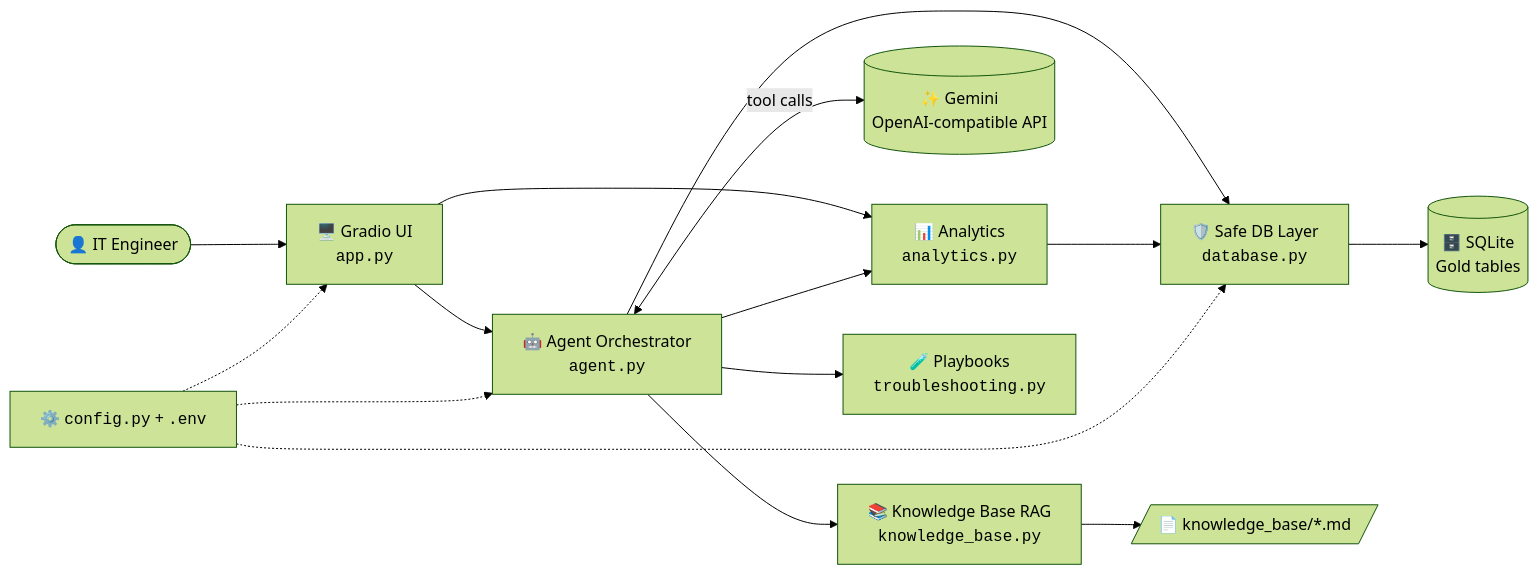
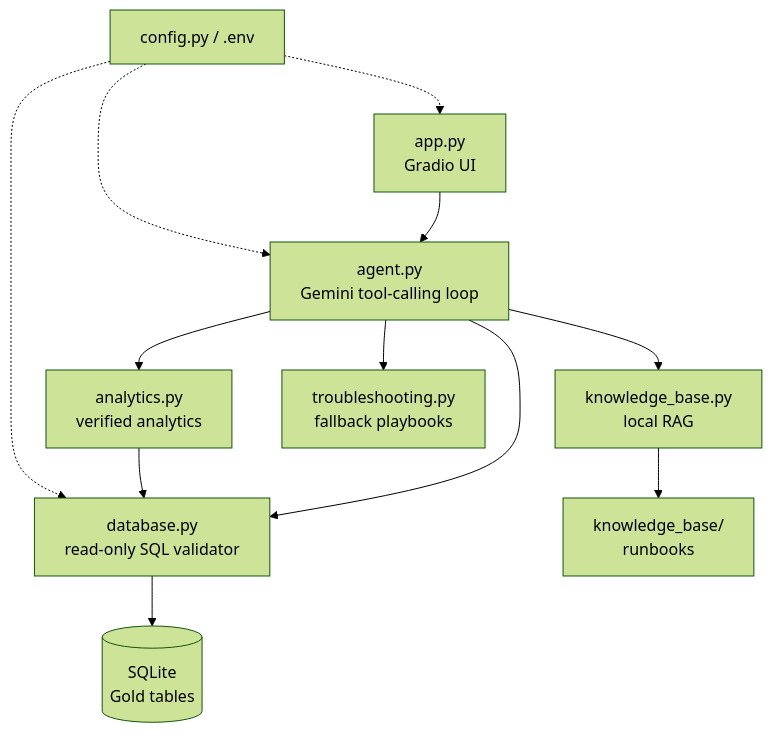
One commit to mariam2004/ai-it-operations-assistant changed the first of 2 diagrams in README.md. Above: the diagram before and after it, drawn with Mermaid (forest theme). The commit also changed other lines of this file, not shown here.

````diff
--- a/README.md
+++ b/README.md
@@ -46,17 +46,14 @@
 ```mermaid
-flowchart LR
-    U([👤 IT Engineer]) --> UI[🖥️ Gradio UI<br/><code>app.py</code>]
-    UI --> AG[🤖 Agent Orchestrator<br/><code>agent.py</code>]
-    UI --> AN[📊 Analytics<br/><code>analytics.py</code>]
-    AG <-->|tool calls| LLM[(✨ Gemini<br/>OpenAI-compatible API)]
-    AG --> AN
-    AG --> KB[📚 Knowledge Base RAG<br/><code>knowledge_base.py</code>]
-    AG --> TS[🧪 Playbooks<br/><code>troubleshooting.py</code>]
-    AG --> DB[🛡️ Safe DB Layer<br/><code>database.py</code>]
+flowchart TD
+    UI["app.py<br/>Gradio UI"] --> AG["agent.py<br/>Gemini tool-calling loop"]
+    AG --> AN["analytics.py<br/>verified analytics"]
+    AG --> DB["database.py<br/>read-only SQL validator"]
+    AG --> KB["knowledge_base.py<br/>local RAG"]
+    AG --> TS["troubleshooting.py<br/>fallback playbooks"]
     AN --> DB
-    DB --> SQL[(🗄️ SQLite<br/>Gold tables)]
-    KB --> DOCS[/📄 knowledge_base/*.md/]
-    CFG[⚙️ <code>config.py</code> + <code>.env</code>] -.-> UI
+    DB --> SQ[("SQLite<br/>Gold tables")]
+    KB --> DOCS["knowledge_base/<br/>runbooks"]
+    CFG["config.py / .env"] -.-> UI
     CFG -.-> AG
     CFG -.-> DB
 ```
````
